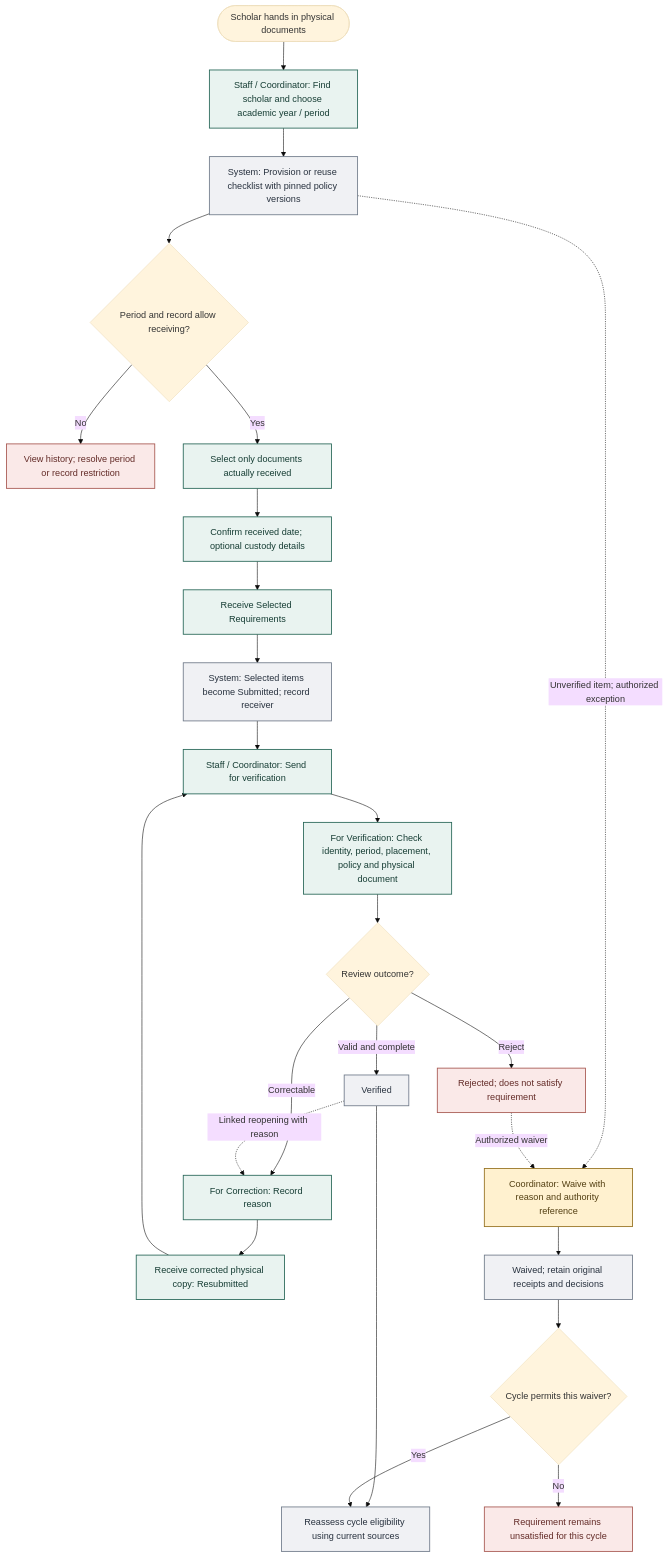
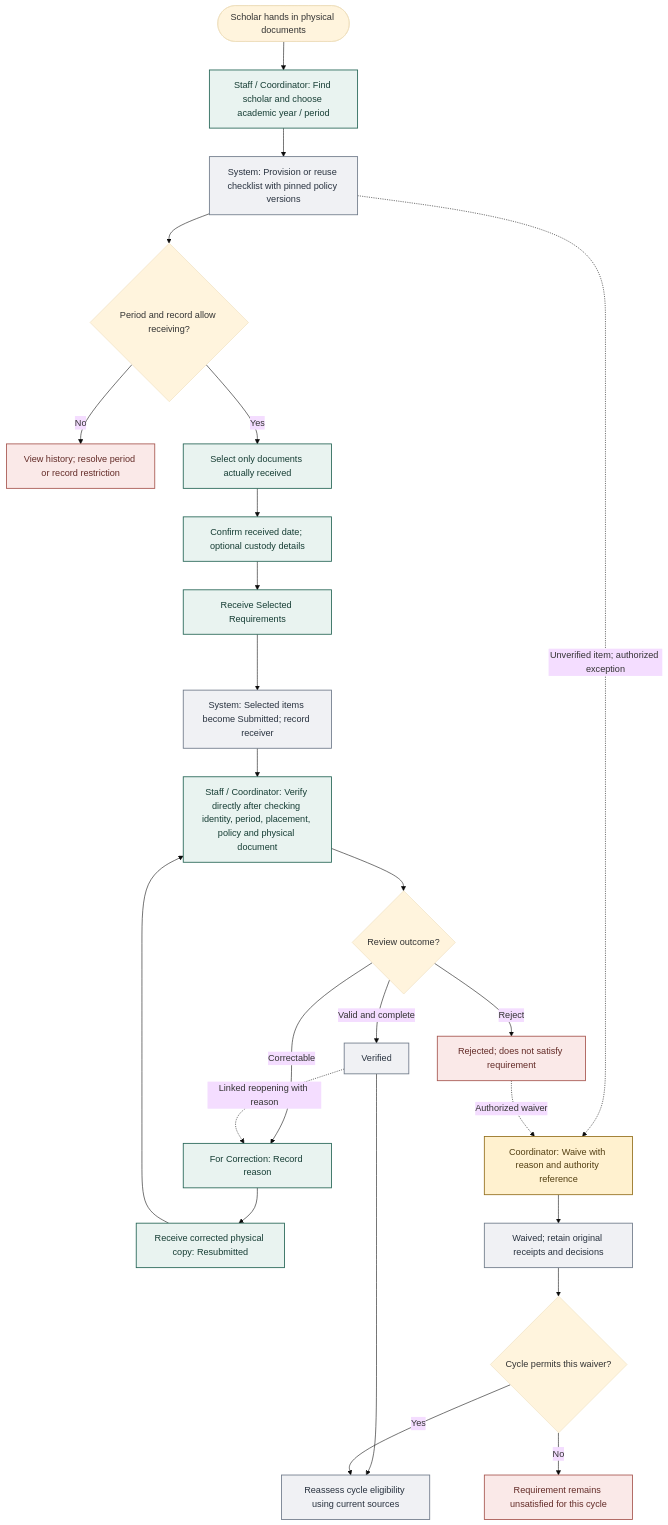
One commit to codeprogress101/scholar-monitor changed the third of 6 diagrams in docs/LDSS_FULL_PROCESS.md. Above: the diagram before and after it, drawn with Mermaid (base theme). The commit also changed other lines of this file and 440 other files, not shown here.

````diff
--- a/docs/LDSS_FULL_PROCESS.md
+++ b/docs/LDSS_FULL_PROCESS.md
@@ -99,36 +101,35 @@
 ```mermaid
 flowchart TD
   physical(["Scholar hands in physical documents"]) --> choose["Staff / Coordinator: Find scholar and choose academic year / period"]
   choose --> checklist["System: Provision or reuse checklist with pinned policy versions"]
   checklist --> allowed{"Period and record allow receiving?"}
   allowed -->|"No"| stop["View history; resolve period or record restriction"]
   allowed -->|"Yes"| select["Select only documents actually received"]
   select --> date["Confirm received date; optional custody details"]
   date --> receive["Receive Selected Requirements"]
   receive --> submitted["System: Selected items become Submitted; record receiver"]
-  submitted --> send["Staff / Coordinator: Send for verification"]
-  send --> review["For Verification: Check identity, period, placement, policy and physical document"]
+  submitted --> review["Staff / Coordinator: Verify directly after checking identity, period, placement, policy and physical document"]
   review --> decision{"Review outcome?"}
   decision -->|"Valid and complete"| verified["Verified"]
   decision -->|"Correctable"| correction["For Correction: Record reason"]
   decision -->|"Reject"| rejected["Rejected; does not satisfy requirement"]
   correction --> resubmit["Receive corrected physical copy: Resubmitted"]
-  resubmit --> send
+  resubmit --> review
   verified -.->|"Linked reopening with reason"| correction
   checklist -.->|"Unverified item; authorized exception"| waive["Coordinator: Waive with reason and authority reference"]
   rejected -.->|"Authorized waiver"| waive
   waive --> waived["Waived; retain original receipts and decisions"]
   verified --> assess["Reassess cycle eligibility using current sources"]
   waived --> policy{"Cycle permits this waiver?"}
   policy -->|"Yes"| assess
   policy -->|"No"| unsatisfied["Requirement remains unsatisfied for this cycle"]
-  class choose,select,date,receive,send,review,correction,resubmit operator
+  class choose,select,date,receive,review,correction,resubmit operator
   class waive coordinator
   class checklist,submitted,verified,waived,assess system
   class stop,rejected,unsatisfied exception
   classDef operator fill:#e9f3f0,stroke:#276657,color:#163d34,stroke-width:1.5px
   classDef coordinator fill:#fff1cf,stroke:#94701e,color:#533f12,stroke-width:1.5px
   classDef admin fill:#eaf0fc,stroke:#526f9a,color:#263b60,stroke-width:1.5px
   classDef system fill:#f0f1f4,stroke:#707b8a,color:#28323f,stroke-width:1.5px
   classDef exception fill:#fae9e8,stroke:#a75750,color:#632b27,stroke-width:1.5px
 ```
````
